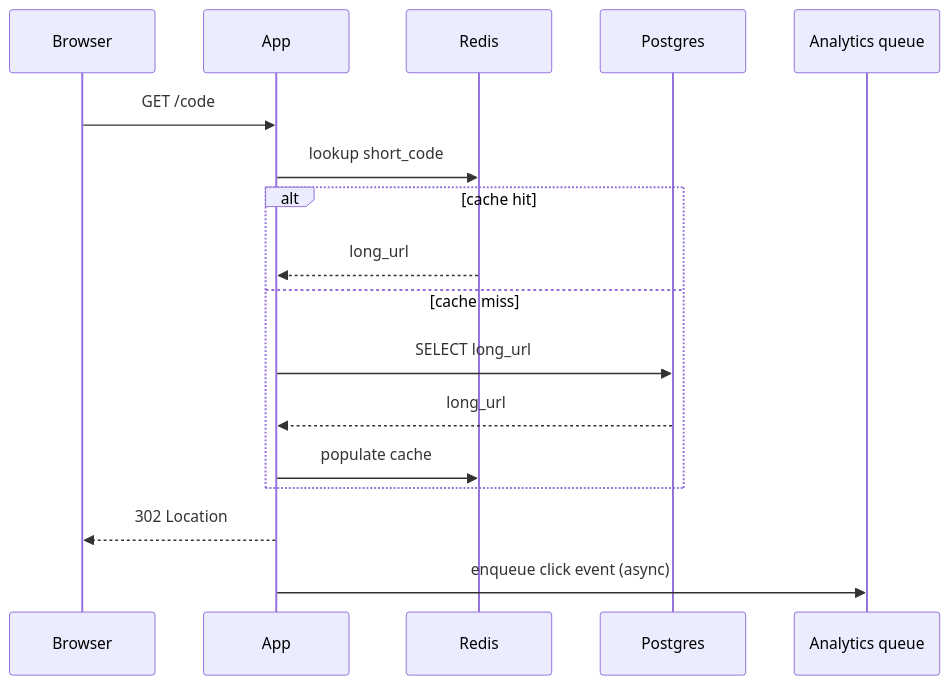
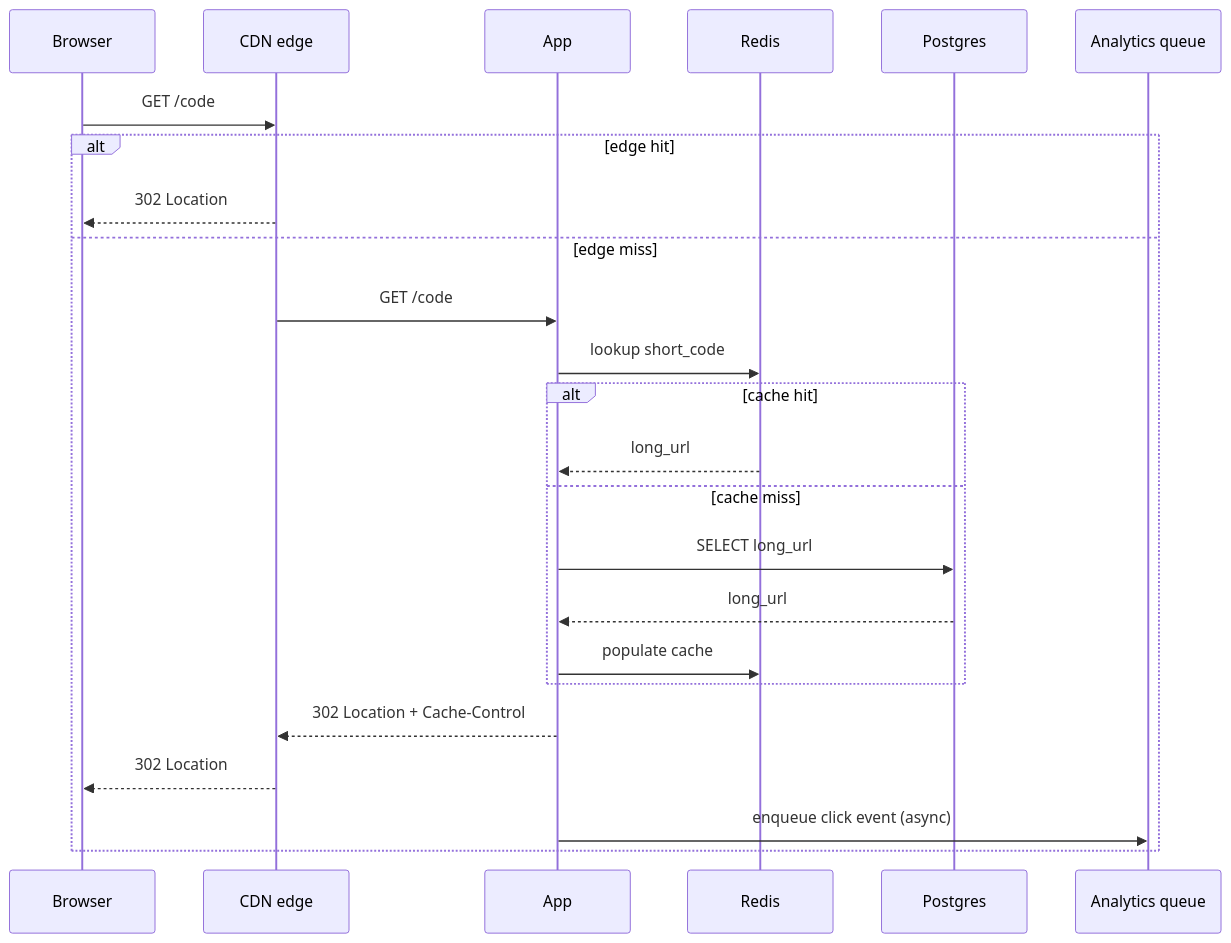
The third of 8 diagrams in systems-design-interview/01-01-tinyurl-walkthrough.md (jdelpino-dev/reverb_code_extension_jmd), drawn with Mermaid before and after one commit. The commit also changed other lines of this file, not shown here.

````diff
--- a/systems-design-interview/01-01-tinyurl-walkthrough.md
+++ b/systems-design-interview/01-01-tinyurl-walkthrough.md
@@ -486,19 +772,26 @@
 ```mermaid
 sequenceDiagram
   participant B as Browser
+  participant CDN as CDN edge
   participant A as App
   participant R as Redis
   participant P as Postgres
   participant Q as Analytics queue
-  B->>A: GET /code
-  A->>R: lookup short_code
-  alt cache hit
-    R-->>A: long_url
-  else cache miss
-    A->>P: SELECT long_url
-    P-->>A: long_url
-    A->>R: populate cache
+  B->>CDN: GET /code
+  alt edge hit
+    CDN-->>B: 302 Location
+  else edge miss
+    CDN->>A: GET /code
+    A->>R: lookup short_code
+    alt cache hit
+      R-->>A: long_url
+    else cache miss
+      A->>P: SELECT long_url
+      P-->>A: long_url
+      A->>R: populate cache
+    end
+    A-->>CDN: 302 Location + Cache-Control
+    CDN-->>B: 302 Location
+    A->>Q: enqueue click event (async)
   end
-  A-->>B: 302 Location
-  A->>Q: enqueue click event (async)
 ```
````
